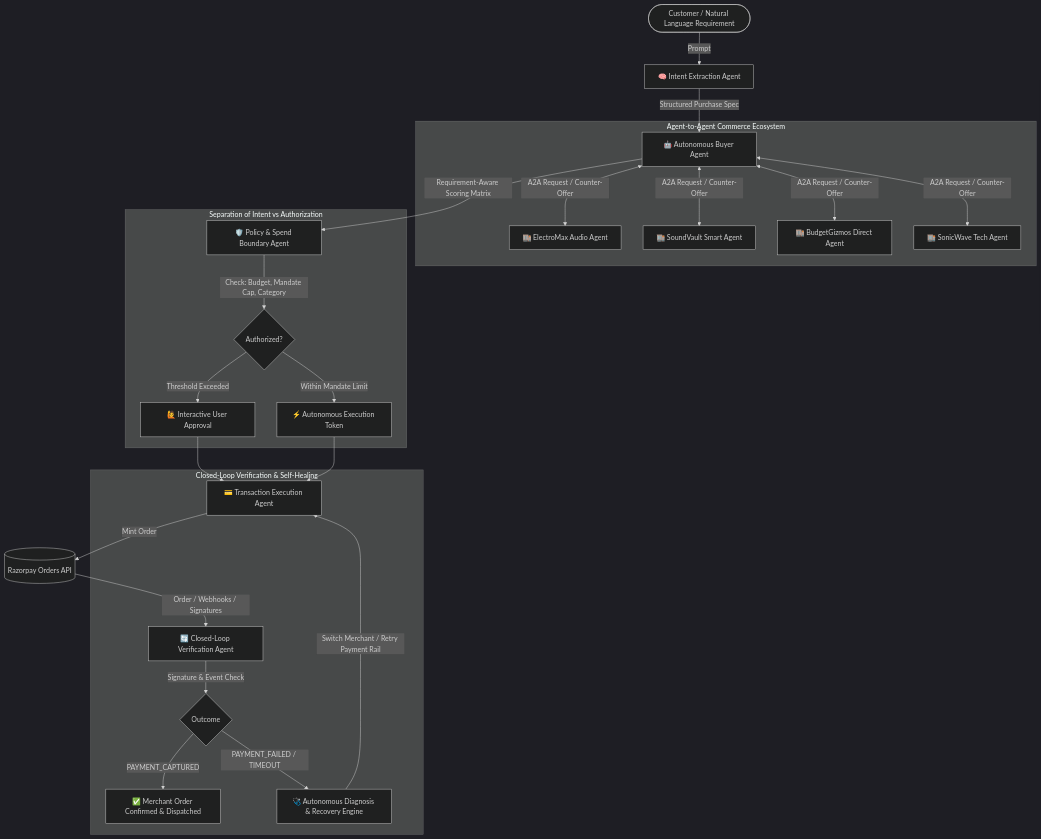
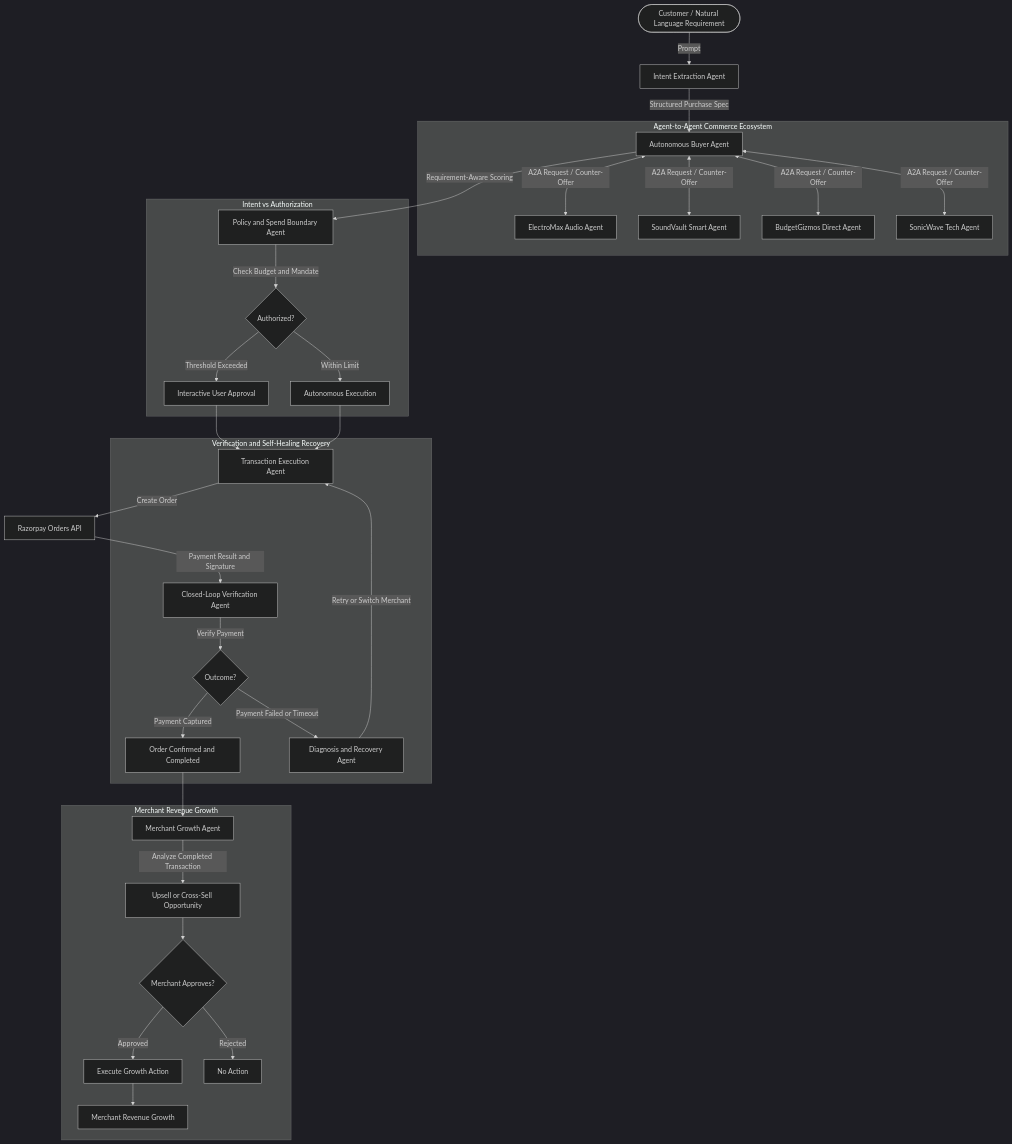
Before and after one commit to DyutiKole009/Agentic-Commerce-AI-Buyer-Merchant-Transactions-Revenue-Growth: the diagram in README.md, drawn with Mermaid (dark theme). The commit also changed other lines of this file, not shown here.

````diff
--- a/README.md
+++ b/README.md
@@ -21,33 +42,43 @@
 ```mermaid
 flowchart TD
-    User([Customer / Natural Language Requirement]) -->|Prompt| IntentAgent[🧠 Intent Extraction Agent]
-    IntentAgent -->|Structured Purchase Spec| BuyerAgent[🤖 Autonomous Buyer Agent]
-    
-    subgraph MultiMerchantNetwork [Agent-to-Agent Commerce Ecosystem]
-        BuyerAgent <-->|A2A Request / Counter-Offer| MerchantA[🏬 ElectroMax Audio Agent]
-        BuyerAgent <-->|A2A Request / Counter-Offer| MerchantB[🏬 SoundVault Smart Agent]
-        BuyerAgent <-->|A2A Request / Counter-Offer| MerchantC[🏬 BudgetGizmos Direct Agent]
-        BuyerAgent <-->|A2A Request / Counter-Offer| MerchantD[🏬 SonicWave Tech Agent]
+    User([Customer / Natural Language Requirement]) -->|Prompt| IntentAgent[Intent Extraction Agent]
+    IntentAgent -->|Structured Purchase Spec| BuyerAgent[Autonomous Buyer Agent]
+
+    subgraph MultiMerchantNetwork[Agent-to-Agent Commerce Ecosystem]
+        BuyerAgent <-->|A2A Request / Counter-Offer| MerchantA[ElectroMax Audio Agent]
+        BuyerAgent <-->|A2A Request / Counter-Offer| MerchantB[SoundVault Smart Agent]
+        BuyerAgent <-->|A2A Request / Counter-Offer| MerchantC[BudgetGizmos Direct Agent]
+        BuyerAgent <-->|A2A Request / Counter-Offer| MerchantD[SonicWave Tech Agent]
     end
 
-    BuyerAgent -->|Requirement-Aware Scoring Matrix| PolicyAgent[🛡️ Policy & Spend Boundary Agent]
-    
-    subgraph PolicyEngine [Separation of Intent vs Authorization]
-        PolicyAgent -->|Check: Budget, Mandate Cap, Category| PolicyCheck{Authorized?}
-        PolicyCheck -->|Threshold Exceeded| InteractiveAuth[🙋 Interactive User Approval]
-        PolicyCheck -->|Within Mandate Limit| AutoApproved[⚡ Autonomous Execution Token]
+    BuyerAgent -->|Requirement-Aware Scoring| PolicyAgent[Policy and Spend Boundary Agent]
+
+    subgraph PolicyEngine[Intent vs Authorization]
+        PolicyAgent -->|Check Budget and Mandate| PolicyCheck{Authorized?}
+        PolicyCheck -->|Threshold Exceeded| InteractiveAuth[Interactive User Approval]
+        PolicyCheck -->|Within Limit| AutoApproved[Autonomous Execution]
     end
-    
-    InteractiveAuth --> TransAgent[💳 Transaction Execution Agent]
+
+    InteractiveAuth --> TransAgent[Transaction Execution Agent]
     AutoApproved --> TransAgent
-    
-    TransAgent -->|Mint Order| Razorpay[(Razorpay Orders API)]
-    Razorpay -->|Order / Webhooks / Signatures| VerifyAgent[🔄 Closed-Loop Verification Agent]
-    
-    subgraph ClosedLoopRecovery [Closed-Loop Verification & Self-Healing]
-        VerifyAgent -->|Signature & Event Check| StatusCheck{Outcome}
-        StatusCheck -->|PAYMENT_CAPTURED| ConfirmOrder[✅ Merchant Order Confirmed & Dispatched]
-        StatusCheck -->|PAYMENT_FAILED / TIMEOUT| RecoveryAgent[🩺 Autonomous Diagnosis & Recovery Engine]
-        RecoveryAgent -->|Switch Merchant / Retry Payment Rail| TransAgent
+
+    TransAgent -->|Create Order| Razorpay[Razorpay Orders API]
+    Razorpay -->|Payment Result and Signature| VerifyAgent[Closed-Loop Verification Agent]
+
+    subgraph ClosedLoopRecovery[Verification and Self-Healing Recovery]
+        VerifyAgent -->|Verify Payment| StatusCheck{Outcome?}
+        StatusCheck -->|Payment Captured| ConfirmOrder[Order Confirmed and Completed]
+        StatusCheck -->|Payment Failed or Timeout| RecoveryAgent[Diagnosis and Recovery Agent]
+        RecoveryAgent -->|Retry or Switch Merchant| TransAgent
+    end
+
+    ConfirmOrder --> GrowthAgent[Merchant Growth Agent]
+
+    subgraph MerchantGrowth[Merchant Revenue Growth]
+        GrowthAgent -->|Analyze Completed Transaction| Opportunity[Upsell or Cross-Sell Opportunity]
+        Opportunity --> MerchantApproval{Merchant Approves?}
+        MerchantApproval -->|Approved| GrowthAction[Execute Growth Action]
+        MerchantApproval -->|Rejected| NoAction[No Action]
+        GrowthAction --> RevenueGrowth[Merchant Revenue Growth]
     end
 ```
````
